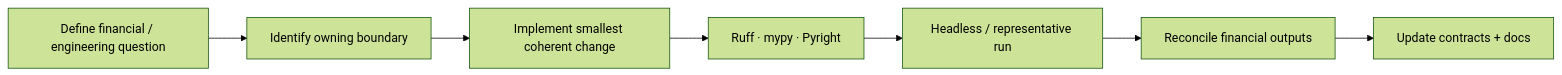
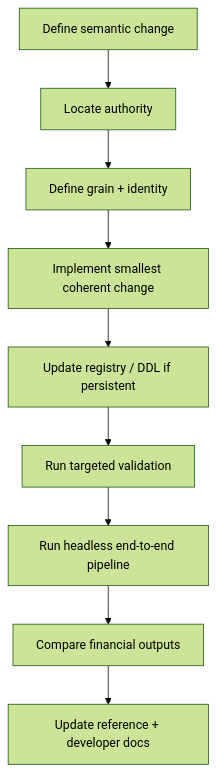
Before and after one commit to tks18/personal-finance-etl: the sixth of 7 diagrams in docs/developer/development-guide.md, drawn with Mermaid (forest theme). The commit also changed other lines of this file, not shown here.

````diff
--- a/docs/developer/development-guide.md
+++ b/docs/developer/development-guide.md
@@ -580,9 +227,11 @@
 ```mermaid
-flowchart LR
-    Q["Define financial / engineering question"] --> B["Identify owning boundary"]
-    B --> C["Implement smallest coherent change"]
-    C --> STATIC["Ruff · mypy · Pyright"]
-    STATIC --> RUN["Headless / representative run"]
-    RUN --> REC["Reconcile financial outputs"]
-    REC --> DOC["Update contracts + docs"]
+flowchart TD
+    A[Define semantic change] --> B[Locate authority]
+    B --> C[Define grain + identity]
+    C --> D[Implement smallest coherent change]
+    D --> E[Update registry / DDL if persistent]
+    E --> F[Run targeted validation]
+    F --> G[Run headless end-to-end pipeline]
+    G --> H[Compare financial outputs]
+    H --> I[Update reference + developer docs]
 ```
````
